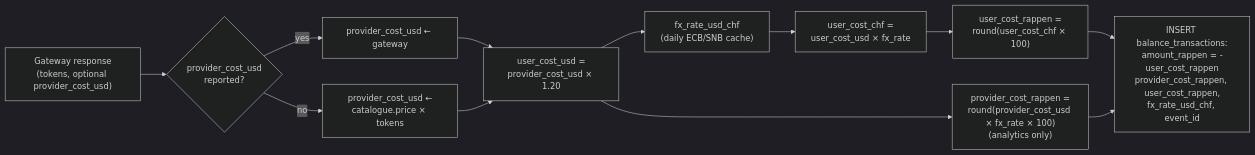
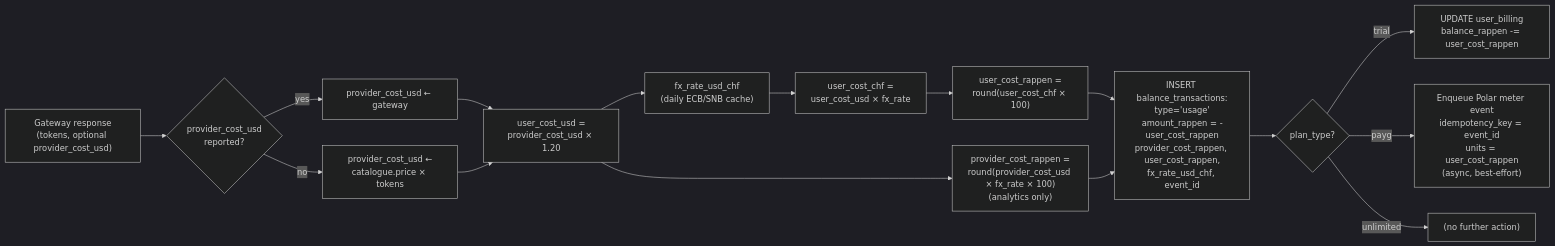
One commit to cognos-io/chat.cognos.io changed the first of 7 diagrams in docs/specs/billing.md. Above: the diagram before and after it, drawn with Mermaid (dark theme). The commit also changed other lines of this file, not shown here.

Commit message:
docs: update billing spec with some new decisions

````diff
--- a/docs/specs/billing.md
+++ b/docs/specs/billing.md
@@ -165,14 +184,18 @@
 ```mermaid
 flowchart LR
     A["Gateway response<br/>(tokens, optional provider_cost_usd)"] --> B{provider_cost_usd<br/>reported?}
     B -- yes --> C["provider_cost_usd ← gateway"]
     B -- no  --> D["provider_cost_usd ←<br/>catalogue.price × tokens"]
     C --> E
     D --> E["user_cost_usd =<br/>provider_cost_usd × 1.20"]
     E --> F["fx_rate_usd_chf<br/>(daily ECB/SNB cache)"]
     F --> G["user_cost_chf =<br/>user_cost_usd × fx_rate"]
     G --> H["user_cost_rappen =<br/>round(user_cost_chf × 100)"]
     E --> I["provider_cost_rappen =<br/>round(provider_cost_usd × fx_rate × 100)<br/>(analytics only)"]
-    H --> J["INSERT balance_transactions:<br/>amount_rappen = -user_cost_rappen<br/>provider_cost_rappen, user_cost_rappen,<br/>fx_rate_usd_chf, event_id"]
+    H --> J["INSERT balance_transactions:<br/>type='usage'<br/>amount_rappen = -user_cost_rappen<br/>provider_cost_rappen, user_cost_rappen,<br/>fx_rate_usd_chf, event_id"]
     I --> J
+    J --> K{plan_type?}
+    K -- trial --> L["UPDATE user_billing<br/>balance_rappen -= user_cost_rappen"]
+    K -- payg --> M["Enqueue Polar meter event<br/>idempotency_key = event_id<br/>units = user_cost_rappen<br/>(async, best-effort)"]
+    K -- unlimited --> N["(no further action)"]
 ```
````
